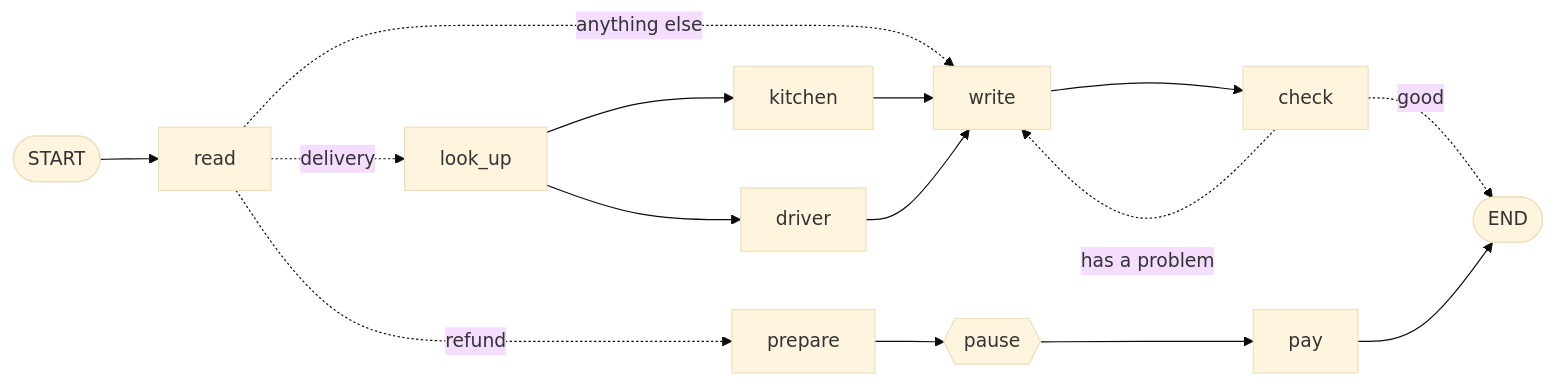
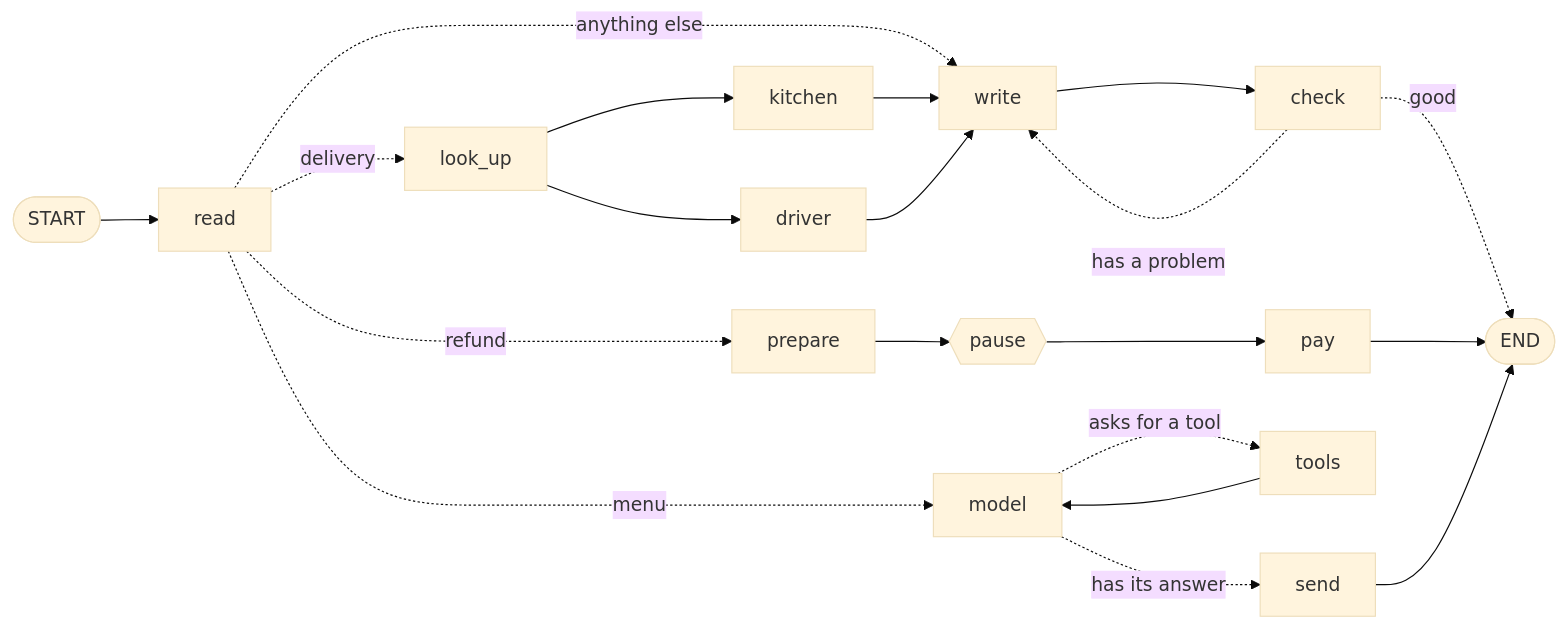
Before and after one commit to Cuento3yLlevo2/langgraph-kt: the diagram in docs/11-your-own-workflow.md, drawn with Mermaid (base theme). The commit also changed other lines of this file and 2 other files, not shown here.

First line of the commit message:
Samples: Add the tool agent to the complete help desk of level 11

````diff
--- a/docs/11-your-own-workflow.md
+++ b/docs/11-your-own-workflow.md
@@ -11,13 +11,16 @@
 ```mermaid
 flowchart LR
     S([START]) --> read
     read -.delivery.-> look_up
     read -.refund.-> prepare
+    read -.menu.-> model
     read -.anything else.-> write
     look_up --> kitchen --> write
     look_up --> driver --> write
     write --> check
     check -.has a problem.-> write
     check -.good.-> E([END])
     prepare --> P{{pause}} --> pay --> E
+    model -.asks for a tool.-> tools --> model
+    model -.has its answer.-> send --> E
 ```
````
